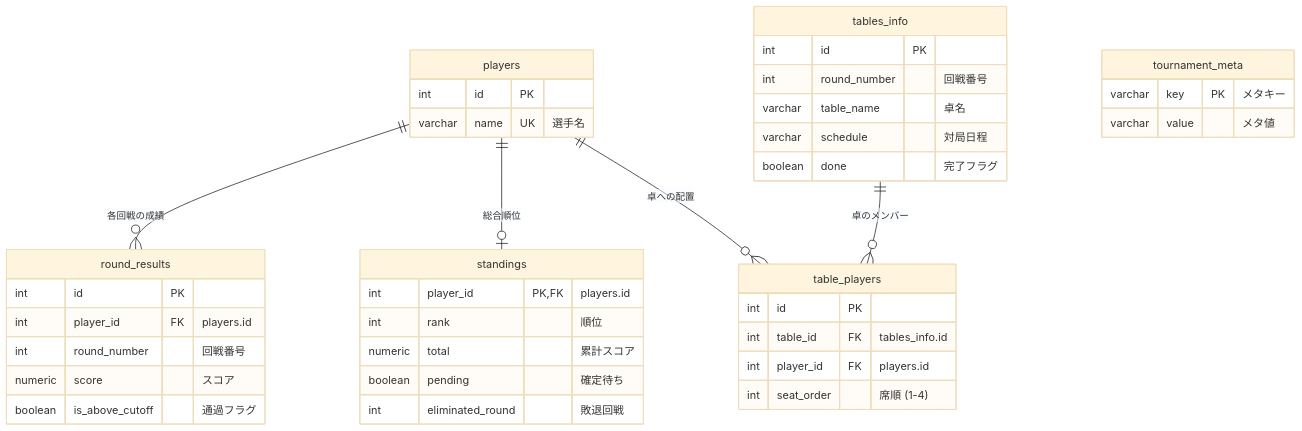
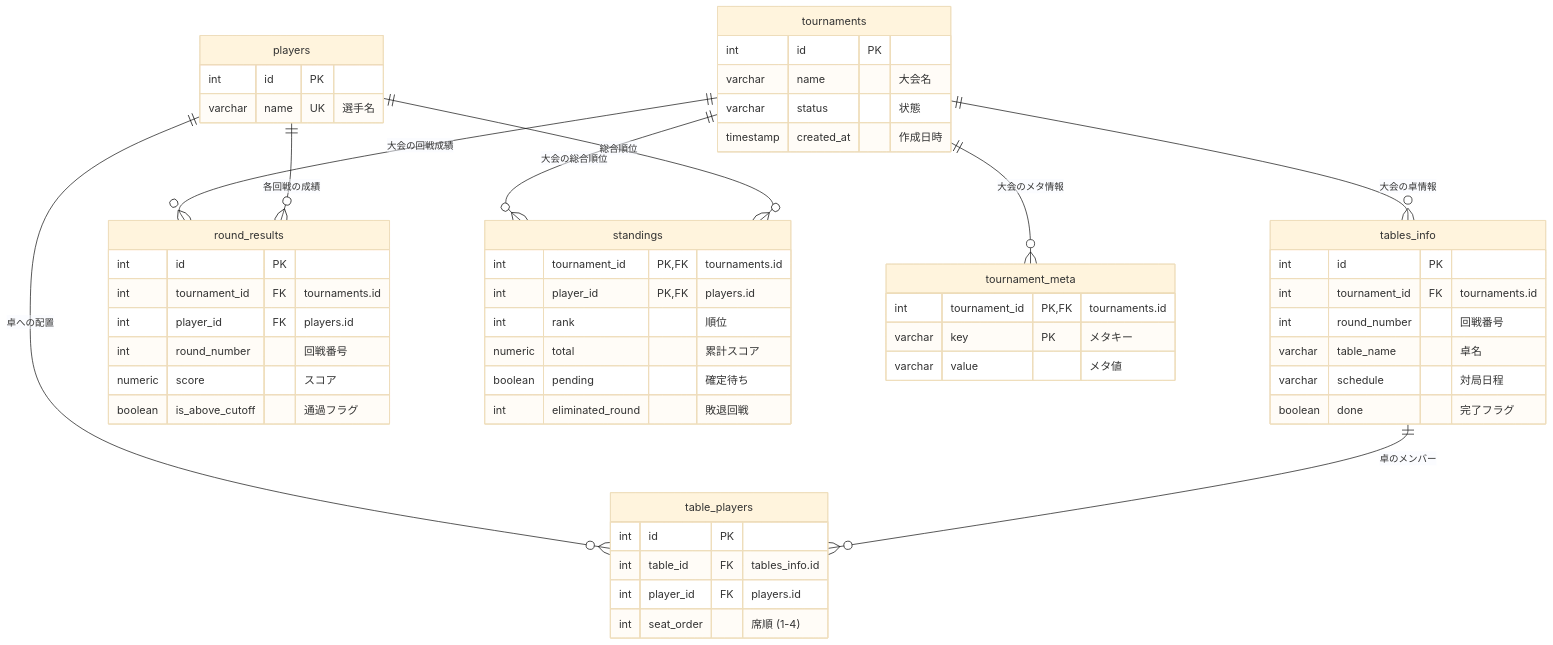
One commit to aokyun1031/jantama_records_dev changed the diagram in docs/database.md. Above: the diagram before and after it, drawn with Mermaid (base theme). The commit also changed other lines of this file and 19 other files, not shown here.

````diff
--- a/docs/database.md
+++ b/docs/database.md
@@ -20,48 +21,63 @@
 ```mermaid
 erDiagram
+    tournaments ||--o{ tables_info : "大会の卓情報"
+    tournaments ||--o{ round_results : "大会の回戦成績"
+    tournaments ||--o{ standings : "大会の総合順位"
+    tournaments ||--o{ tournament_meta : "大会のメタ情報"
     players ||--o{ round_results : "各回戦の成績"
-    players ||--o| standings : "総合順位"
+    players ||--o{ standings : "総合順位"
     players ||--o{ table_players : "卓への配置"
     tables_info ||--o{ table_players : "卓のメンバー"
+
+    tournaments {
+        int id PK
+        varchar name "大会名"
+        varchar status "状態"
+        timestamp created_at "作成日時"
+    }
 
     players {
         int id PK
         varchar name UK "選手名"
     }
 
     tables_info {
         int id PK
+        int tournament_id FK "tournaments.id"
         int round_number "回戦番号"
         varchar table_name "卓名"
         varchar schedule "対局日程"
         boolean done "完了フラグ"
     }
 
     table_players {
         int id PK
         int table_id FK "tables_info.id"
         int player_id FK "players.id"
         int seat_order "席順 (1-4)"
     }
 
     round_results {
         int id PK
+        int tournament_id FK "tournaments.id"
         int player_id FK "players.id"
         int round_number "回戦番号"
         numeric score "スコア"
         boolean is_above_cutoff "通過フラグ"
     }
 
     standings {
+        int tournament_id PK,FK "tournaments.id"
         int player_id PK,FK "players.id"
         int rank "順位"
         numeric total "累計スコア"
         boolean pending "確定待ち"
         int eliminated_round "敗退回戦"
     }
 
     tournament_meta {
+        int tournament_id PK,FK "tournaments.id"
         varchar key PK "メタキー"
         varchar value "メタ値"
     }
 ```
````
